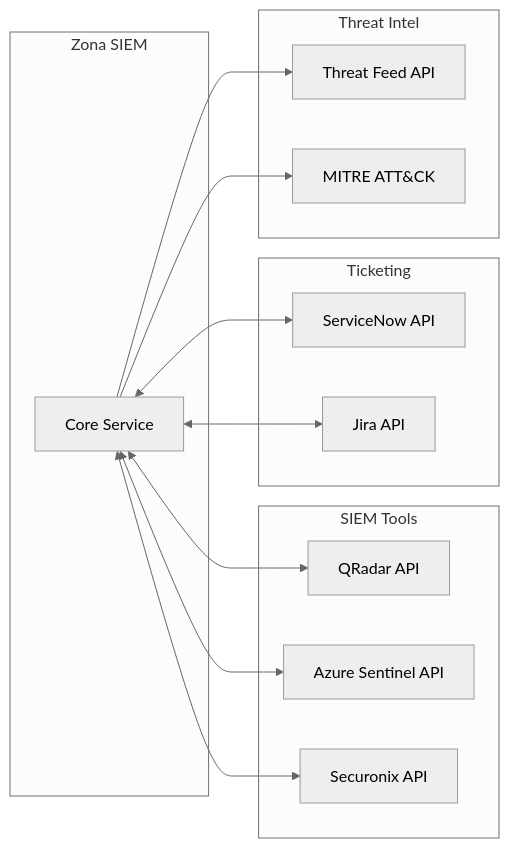
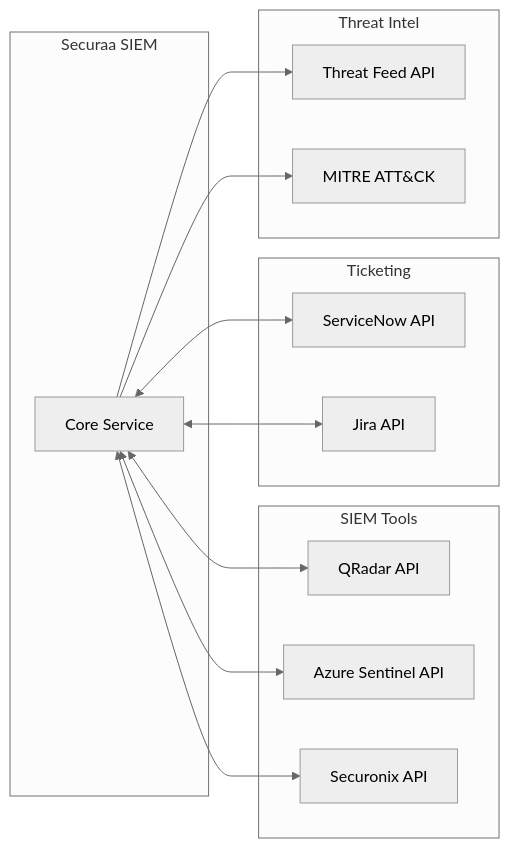
One commit to Vishwa0220/securaa-internal-documents changed the tenth of 10 diagrams in ZONA_SIEM_HIGH_LEVEL_DESIGN.md. Above: the diagram before and after it, drawn with Mermaid (neutral theme). The commit also changed other lines of this file, not shown here.

Commit message:
Update ZONA_SIEM_HIGH_LEVEL_DESIGN.md: replace zona with securaa and reduce code block spacing

````diff
--- a/ZONA_SIEM_HIGH_LEVEL_DESIGN.md
+++ b/ZONA_SIEM_HIGH_LEVEL_DESIGN.md
@@ -625,30 +608,30 @@
 ```mermaid
 graph LR
-    subgraph "Zona SIEM"
+    subgraph "Securaa SIEM"
         CORE[Core Service]
     end
     
     subgraph "SIEM Tools"
         QRADAR[QRadar API]
         SENTINEL[Azure Sentinel API]
         SECURONIX[Securonix API]
     end
     
     subgraph "Ticketing"
         SN[ServiceNow API]
         JIRA[Jira API]
     end
     
     subgraph "Threat Intel"
         TI1[Threat Feed API]
         TI2[MITRE ATT&CK]
     end
     
     CORE <--> QRADAR
     CORE <--> SENTINEL
     CORE <--> SECURONIX
     CORE <--> SN
     CORE <--> JIRA
     CORE --> TI1
     CORE --> TI2
 ```
````
